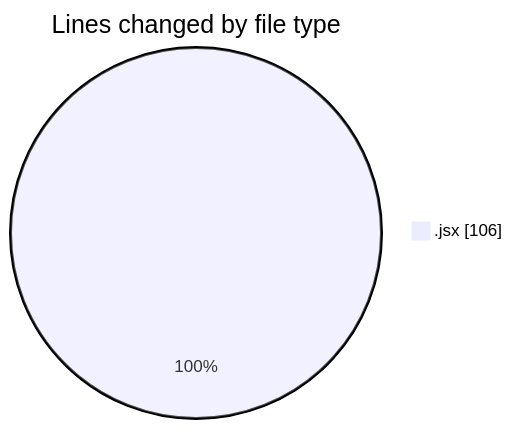
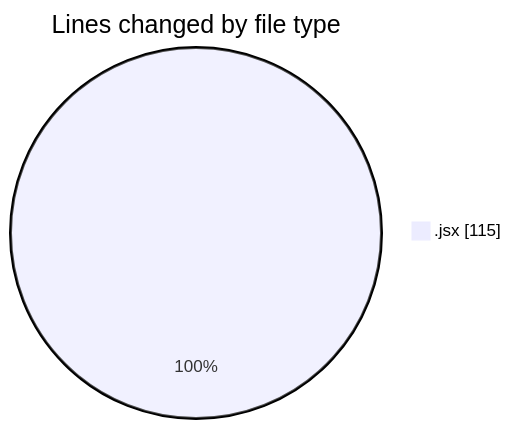
The first of 2 diagrams in 2025-02-06/react_ecom/README.md (Elitesun/code-tracking), drawn with Mermaid before and after one commit. The commit also changed other lines of this file and 1 other file, not shown here.

````diff
--- a/2025-02-06/react_ecom/README.md
+++ b/2025-02-06/react_ecom/README.md
@@ -22,5 +22,5 @@
 ```mermaid
 pie showData
 title Lines changed by file type
-".jsx" : 106
+".jsx" : 115
 ```
````
